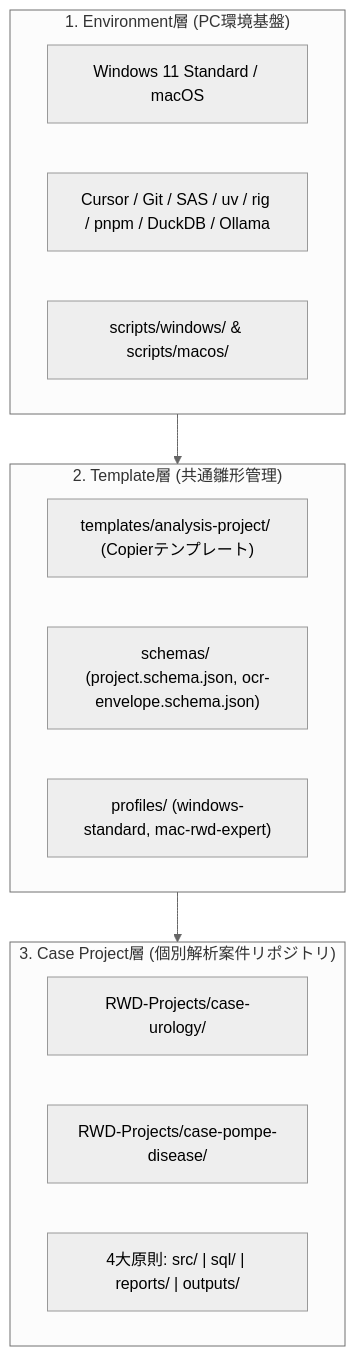
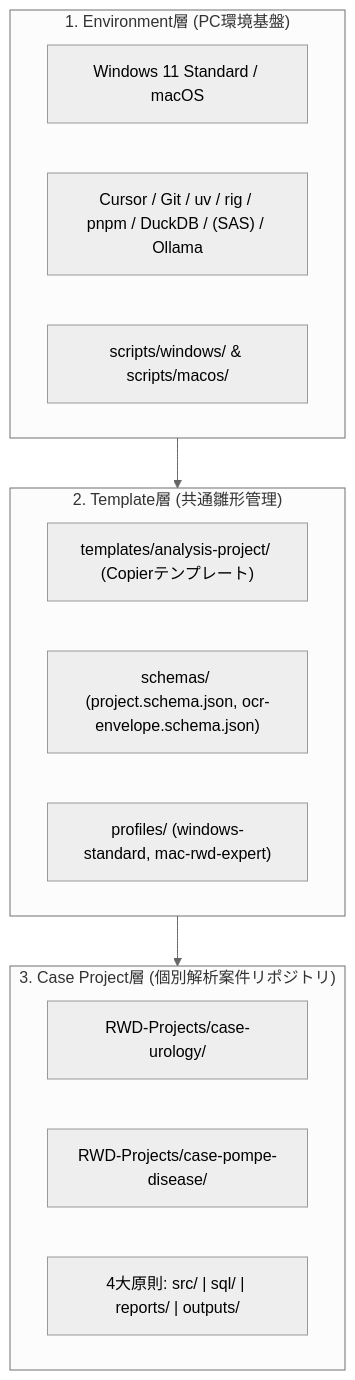
Before and after one commit to syrius2000/Windows-IDE-setting: the diagram in README.md, drawn with Mermaid (neutral theme). The commit also changed other lines of this file and 7 other files, not shown here.

````diff
--- a/README.md
+++ b/README.md
@@ -15,23 +17,23 @@
 ```mermaid
 graph TD
     subgraph L1["1. Environment層 (PC環境基盤)"]
         E1["Windows 11 Standard / macOS"]
-        E2["Cursor / Git / SAS / uv / rig / pnpm / DuckDB / Ollama"]
+        E2["Cursor / Git / uv / rig / pnpm / DuckDB / (SAS) / Ollama"]
         E3["scripts/windows/ & scripts/macos/"]
     end
 
     subgraph L2["2. Template層 (共通雛形管理)"]
         T1["templates/analysis-project/ (Copierテンプレート)"]
         T2["schemas/ (project.schema.json, ocr-envelope.schema.json)"]
         T3["profiles/ (windows-standard, mac-rwd-expert)"]
     end
 
     subgraph L3["3. Case Project層 (個別解析案件リポジトリ)"]
         C1["RWD-Projects/case-urology/"]
         C2["RWD-Projects/case-pompe-disease/"]
         C3["4大原則: src/ | sql/ | reports/ | outputs/"]
     end
 
     L1 --> L2
     L2 --> L3
 ```
````
